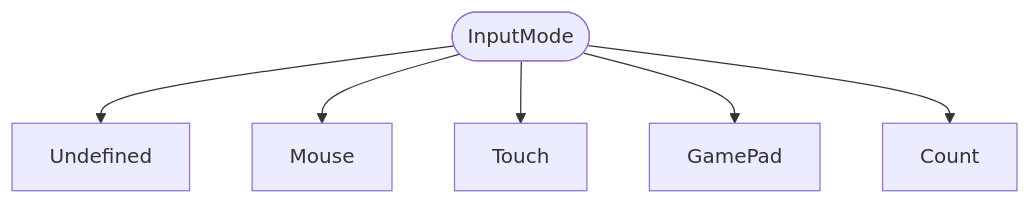
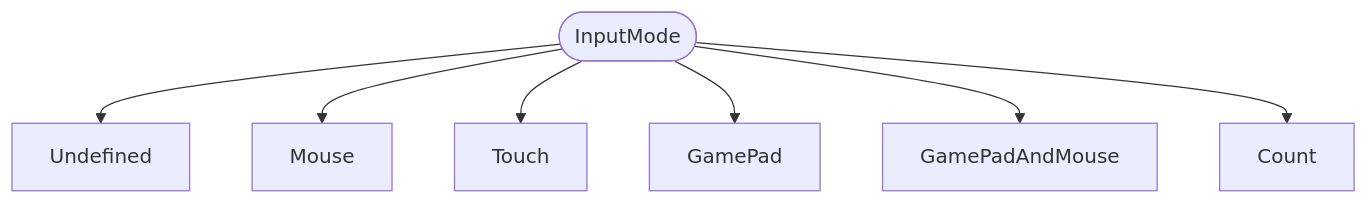
The diagram in schemas/enums/InputMode.md (bedrock-v/protocol-docs), drawn with Mermaid before and after one commit. The commit also changed 384 other files, not shown here.

````diff
--- a/schemas/enums/InputMode.md
+++ b/schemas/enums/InputMode.md
@@ -5,9 +5,10 @@
 ```mermaid
 flowchart TB
   ROOT(["InputMode"])
   ROOT --> Undefined["Undefined"]
   ROOT --> Mouse["Mouse"]
   ROOT --> Touch["Touch"]
   ROOT --> GamePad["GamePad"]
+  ROOT --> GamePadAndMouse["GamePadAndMouse"]
   ROOT --> Count["Count"]
 ```
````
